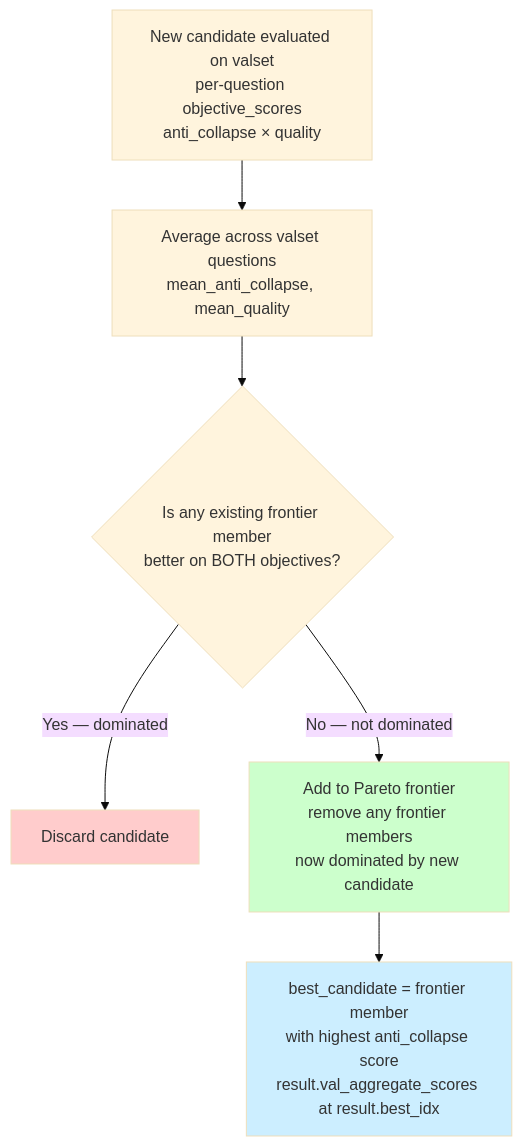
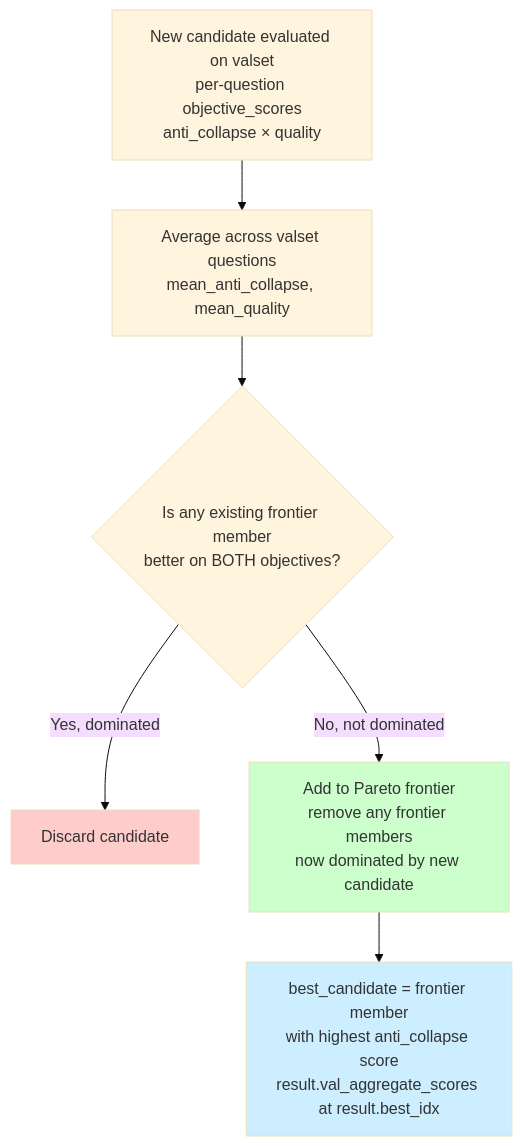
The seventh of 7 diagrams in docs/gepa_flowchart.md (rag-collapse/RAG-Collapse), drawn with Mermaid (base theme) before and after one commit. The commit also changed other lines of this file and 9 other files, not shown here.

````diff
--- a/docs/gepa_flowchart.md
+++ b/docs/gepa_flowchart.md
@@ -169,15 +169,15 @@
 ```mermaid
 flowchart TD
     CAND[New candidate evaluated on valset\nper-question objective_scores\nanti_collapse × quality] --> AVG2[Average across valset questions\nmean_anti_collapse, mean_quality]
 
     AVG2 --> DOM{Is any existing frontier member\nbetter on BOTH objectives?}
 
-    DOM -->|Yes — dominated| DISC[Discard candidate]
-    DOM -->|No — not dominated| ADD[Add to Pareto frontier\nremove any frontier members\nnow dominated by new candidate]
+    DOM -->|Yes, dominated| DISC[Discard candidate]
+    DOM -->|No, not dominated| ADD[Add to Pareto frontier\nremove any frontier members\nnow dominated by new candidate]
 
     ADD --> BEST[best_candidate = frontier member\nwith highest anti_collapse score\nresult.val_aggregate_scores at result.best_idx]
 
     style DISC fill:#ffcccc
     style ADD fill:#ccffcc
     style BEST fill:#cceeff
 ```
````
